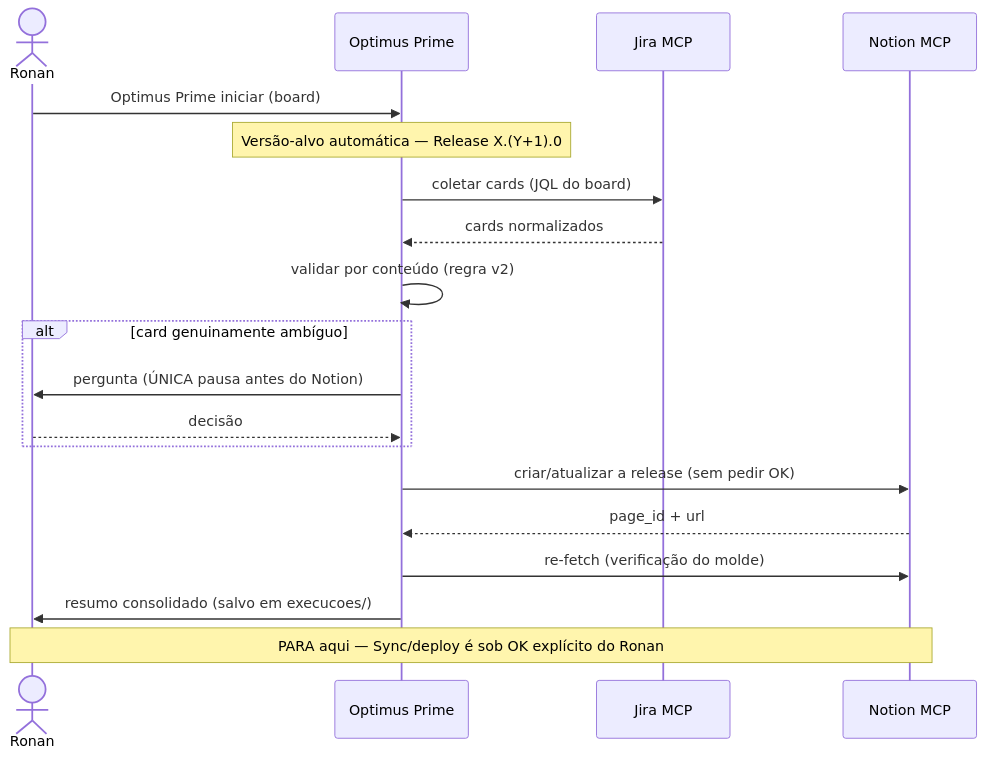
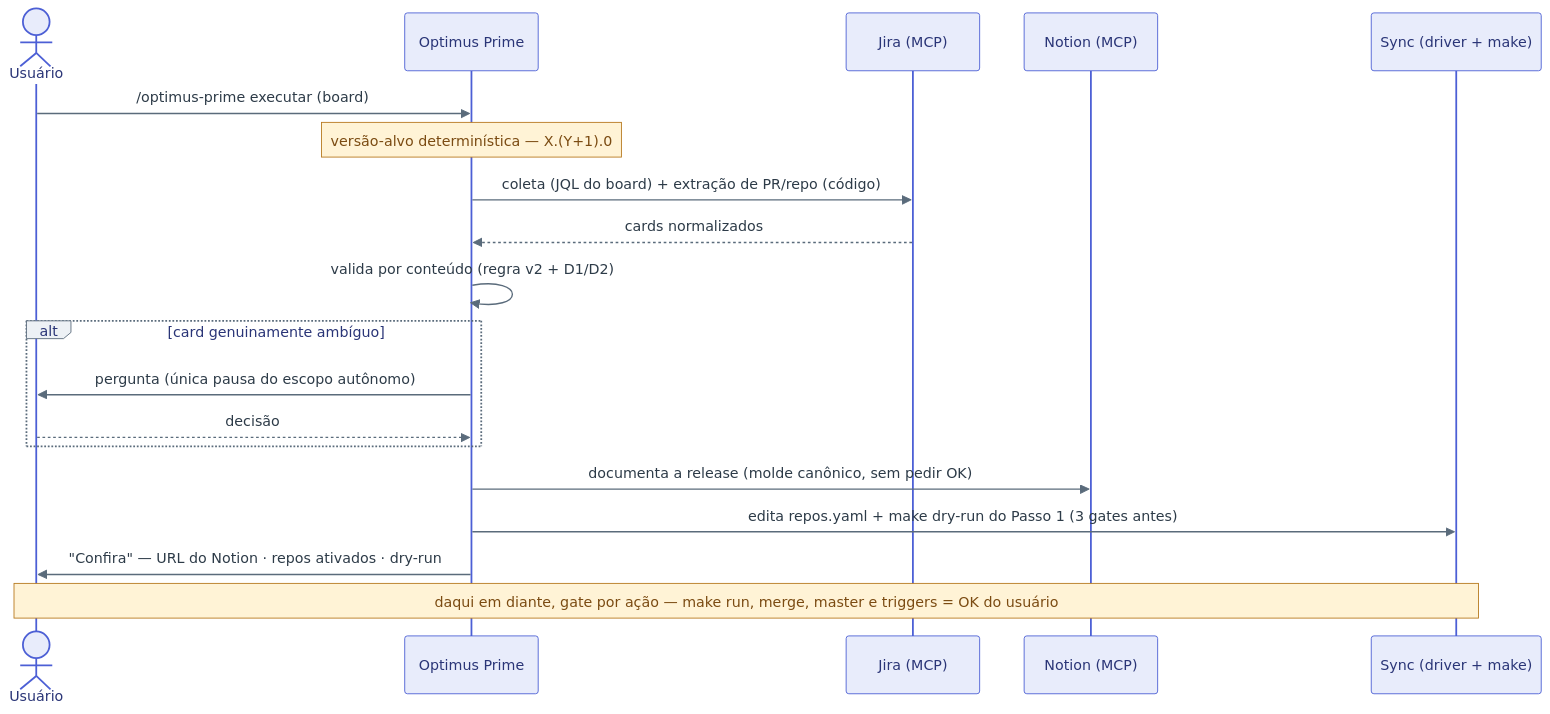
The diagram in docs/diagramas/05-fluxo-execucao.mmd (BertoRcsb/workflow-automation-management), drawn with Mermaid before and after one commit. The commit also changed 57 other files, not shown here.

First line of the commit message:
docs: replace approver name with 'usuário' and restyle all diagrams

```diff
--- a/docs/diagramas/05-fluxo-execucao.mmd
+++ b/docs/diagramas/05-fluxo-execucao.mmd
@@ -1,19 +1,20 @@
+%%{init: {"theme":"base","themeVariables":{"fontFamily":"Segoe UI, Helvetica, Arial, sans-serif","fontSize":"13px","actorBkg":"#E8ECFB","actorBorder":"#4C5FD5","actorTextColor":"#2A3577","signalColor":"#5A6B7B","signalTextColor":"#2D3B48","noteBkgColor":"#FFF3D6","noteBorderColor":"#B7791F","noteTextColor":"#7B4B12","labelBoxBkgColor":"#EDF1F5","labelBoxBorderColor":"#5A6B7B"}}}%%
 sequenceDiagram
-    actor R as Ronan
+    actor U as Usuário
     participant O as Optimus Prime
-    participant J as Jira MCP
-    participant N as Notion MCP
-    R->>O: Optimus Prime iniciar (board)
-    Note over O: Versão-alvo automática — Release X.(Y+1).0
-    O->>J: coletar cards (JQL do board)
+    participant J as Jira (MCP)
+    participant N as Notion (MCP)
+    participant S as Sync (driver + make)
+    U->>O: /optimus-prime executar (board)
+    Note over O: versão-alvo determinística — X.(Y+1).0
+    O->>J: coleta (JQL do board) + extração de PR/repo (código)
     J-->>O: cards normalizados
-    O->>O: validar por conteúdo (regra v2)
+    O->>O: valida por conteúdo (regra v2 + D1/D2)
     alt card genuinamente ambíguo
-        O->>R: pergunta (ÚNICA pausa antes do Notion)
-        R-->>O: decisão
+        O->>U: pergunta (única pausa do escopo autônomo)
+        U-->>O: decisão
     end
-    O->>N: criar/atualizar a release (sem pedir OK)
-    N-->>O: page_id + url
-    O->>N: re-fetch (verificação do molde)
-    O->>R: resumo consolidado (salvo em execucoes/)
-    Note over R,N: PARA aqui — Sync/deploy é sob OK explícito do Ronan
+    O->>N: documenta a release (molde canônico, sem pedir OK)
+    O->>S: edita repos.yaml + make dry-run do Passo 1 (3 gates antes)
+    O->>U: "Confira" — URL do Notion · repos ativados · dry-run
+    Note over U,S: daqui em diante, gate por ação — make run, merge, master e triggers = OK do usuário
```
